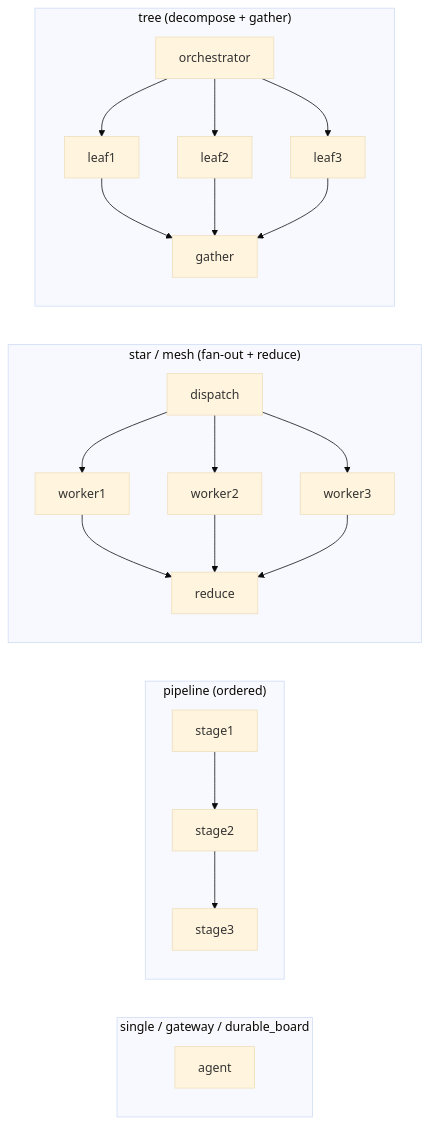
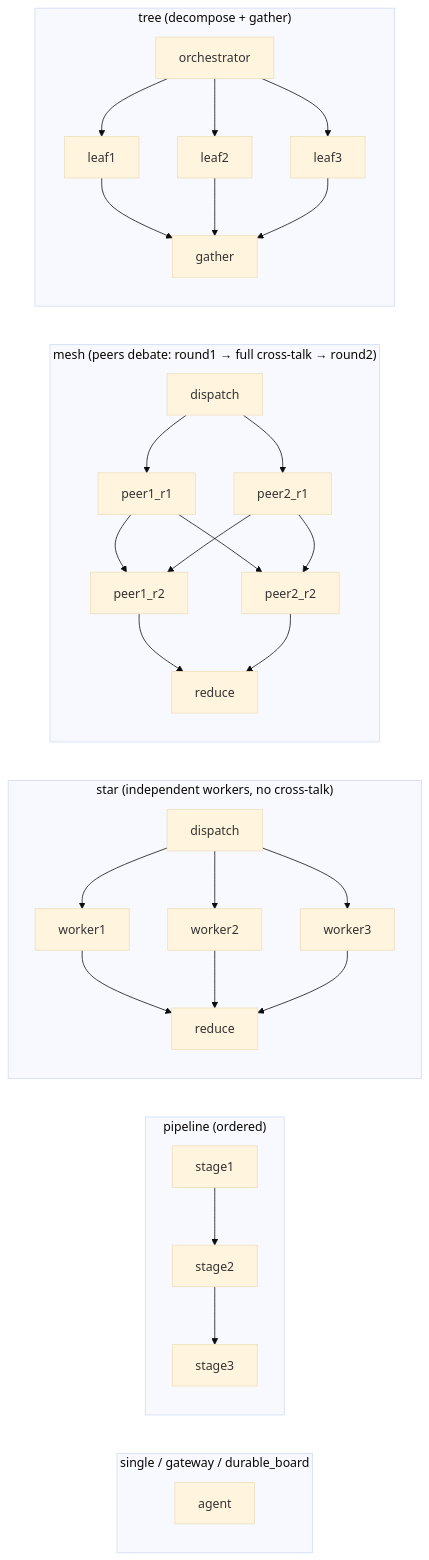
The sixth of 10 diagrams in docs/DESIGN.md (shaneliuyx/agentkit), drawn with Mermaid (base theme) before and after one commit. The commit also changed other lines of this file and 5 other files, not shown here.

First line of the commit message:
feat(topology): mesh is real peer communication via an A2A message bus

````diff
--- a/docs/DESIGN.md
+++ b/docs/DESIGN.md
@@ -705,17 +707,22 @@
 ```mermaid
 flowchart LR
   subgraph SINGLE["single / gateway / durable_board"]
     a1[agent]
   end
   subgraph PIPE["pipeline (ordered)"]
     p1[stage1] --> p2[stage2] --> p3[stage3]
   end
-  subgraph STAR["star / mesh (fan-out + reduce)"]
+  subgraph STAR["star (independent workers, no cross-talk)"]
     s0[dispatch] --> s1[worker1] & s2[worker2] & s3[worker3]
     s1 & s2 & s3 --> sr[reduce]
+  end
+  subgraph MESH["mesh (peers debate: round1 → full cross-talk → round2)"]
+    m0[dispatch] --> m1[peer1_r1] & m2[peer2_r1]
+    m1 & m2 --> n1[peer1_r2] & n2[peer2_r2]
+    n1 & n2 --> mr[reduce]
   end
   subgraph TREE["tree (decompose + gather)"]
     t0[orchestrator] --> t1[leaf1] & t2[leaf2] & t3[leaf3]
     t1 & t2 & t3 --> tg[gather]
   end
 ```
````
